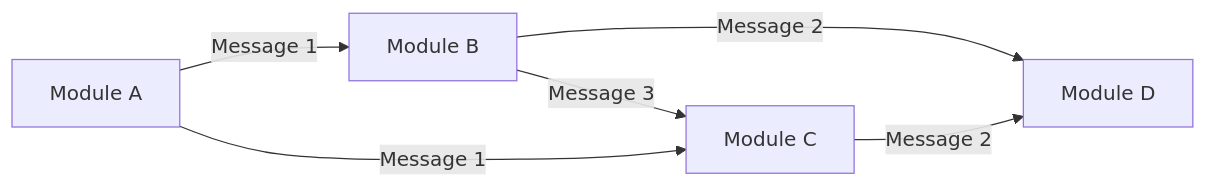
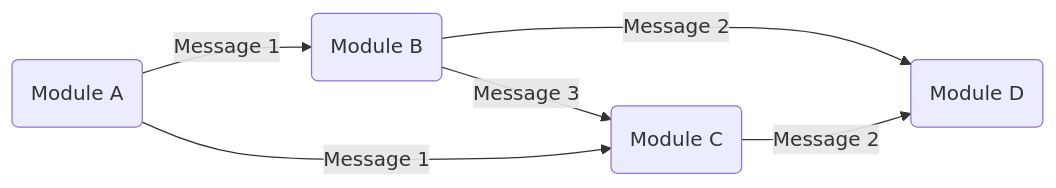
The third of 3 diagrams in docs/architecture/modularity.md (input-output-hk/acropolis), drawn with Mermaid before and after one commit. The commit also changed other lines of this file and 2 other files, not shown here.

````diff
--- a/docs/architecture/modularity.md
+++ b/docs/architecture/modularity.md
@@ -170,13 +170,13 @@
 ```mermaid
 flowchart LR
-  A[Module A]
-  B[Module B]
-  C[Module C]
-  D[Module D]
+  A(Module A)
+  B(Module B)
+  C(Module C)
+  D(Module D)
 
   A -- Message 1 --> B
   B -- Message 2 --> D
   C -- Message 2 --> D
   A -- Message 1 --> C
   B -- Message 3 --> C
 ```
````
